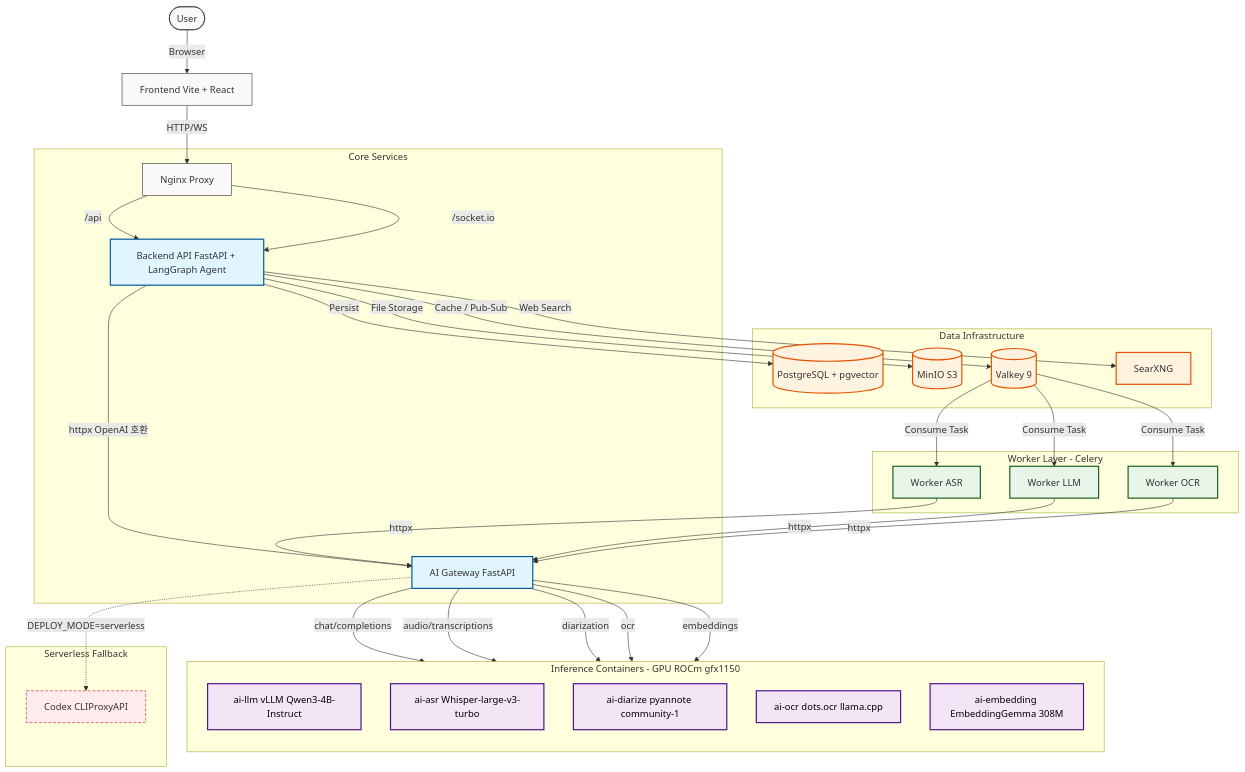
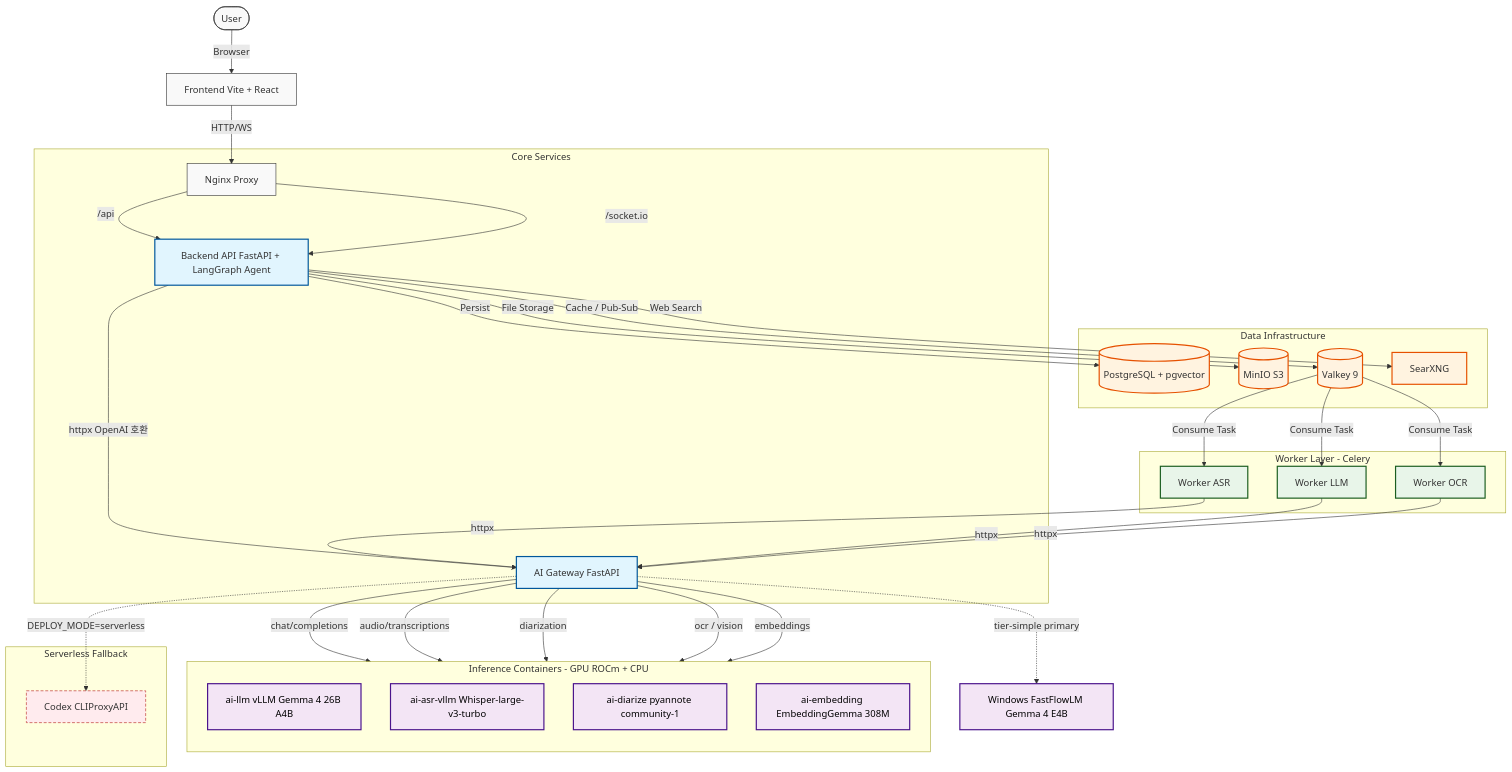
The diagram in ARCHITECTURE.md (belucent0/inuself), drawn with Mermaid before and after one commit. The commit also changed other lines of this file and 39 other files, not shown here.

Commit message:
feat(inference): deploy Gemma 4 A4B ROCm stack

````diff
--- a/ARCHITECTURE.md
+++ b/ARCHITECTURE.md
@@ -6,68 +6,70 @@
 ```mermaid
 flowchart TD
     %% 사용자 및 프론트엔드
     User([User]) -->|Browser| Frontend[Frontend Vite + React]
     Frontend -->|HTTP/WS| Nginx[Nginx Proxy]
 
     %% 백엔드 및 코어 서비스
     subgraph Core_Services [Core Services]
         Nginx -->|/api| Backend[Backend API FastAPI + LangGraph Agent]
         Nginx -->|/socket.io| Backend
         Backend -->|httpx OpenAI 호환| AIGW[AI Gateway FastAPI]
     end
 
     %% 데이터 인프라
     subgraph Data_Layer [Data Infrastructure]
         Backend -->|Persist| DB[(PostgreSQL + pgvector)]
         Backend -->|File Storage| S3[(MinIO S3)]
         Backend -->|Cache / Pub-Sub| Redis[(Valkey 9)]
         Backend -->|Web Search| SearXNG[SearXNG]
     end
 
     %% 워커 (비동기 처리)
     subgraph Worker_Layer [Worker Layer - Celery]
         Redis -->|Consume Task| W_ASR[Worker ASR]
         Redis -->|Consume Task| W_LLM[Worker LLM]
         Redis -->|Consume Task| W_OCR[Worker OCR]
         W_ASR -->|httpx| AIGW
         W_LLM -->|httpx| AIGW
         W_OCR -->|httpx| AIGW
     end
 
-    %% 추론 컨테이너 (ai-* prefix, 모두 ROCm)
-    subgraph Inference_Containers [Inference Containers - GPU ROCm gfx1150]
+    %% 추론 컨테이너 (ai-* prefix, GPU ROCm + CPU 혼합)
+    subgraph Inference_Containers [Inference Containers - GPU ROCm + CPU]
         direction TB
-        AI_LLM[ai-llm vLLM Qwen3-4B-Instruct]
-        AI_ASR[ai-asr Whisper-large-v3-turbo]
+        AI_LLM[ai-llm vLLM Gemma 4 26B A4B]
+        AI_ASR[ai-asr-vllm Whisper-large-v3-turbo]
         AI_DIARIZE[ai-diarize pyannote community-1]
-        AI_OCR[ai-ocr dots.ocr llama.cpp]
         AI_EMBED[ai-embedding EmbeddingGemma 308M]
     end
+
+    NPU_LLM[Windows FastFlowLM Gemma 4 E4B]
 
     %% Serverless 폴백
     subgraph Serverless_Fallback [Serverless Fallback]
         Codex[Codex CLIProxyAPI]
     end
 
     %% AI Gateway → 추론 컨테이너
     AIGW -->|chat/completions| AI_LLM
     AIGW -->|audio/transcriptions| AI_ASR
     AIGW -->|diarization| AI_DIARIZE
-    AIGW -->|ocr| AI_OCR
+    AIGW -->|ocr / vision| AI_LLM
     AIGW -->|embeddings| AI_EMBED
+    AIGW -.->|tier-simple primary| NPU_LLM
     AIGW -.->|DEPLOY_MODE=serverless| Codex
 
     %% 스타일링
     classDef default fill:#f9f9f9,stroke:#333,stroke-width:1px;
     classDef core fill:#e1f5fe,stroke:#01579b,stroke-width:2px;
     classDef data fill:#fff3e0,stroke:#e65100,stroke-width:2px;
     classDef worker fill:#e8f5e9,stroke:#1b5e20,stroke-width:2px;
     classDef compute fill:#f3e5f5,stroke:#4a148c,stroke-width:2px,color:#000;
     classDef fallback fill:#ffebee,stroke:#b71c1c,stroke-width:1px,stroke-dasharray:5 3;
 
     class Backend,AIGW core;
     class DB,S3,Redis,SearXNG data;
     class W_ASR,W_LLM,W_OCR worker;
-    class AI_LLM,AI_ASR,AI_DIARIZE,AI_OCR,AI_EMBED compute;
+    class AI_LLM,AI_ASR,AI_DIARIZE,AI_EMBED,NPU_LLM compute;
     class Codex fallback;
 ```
````
